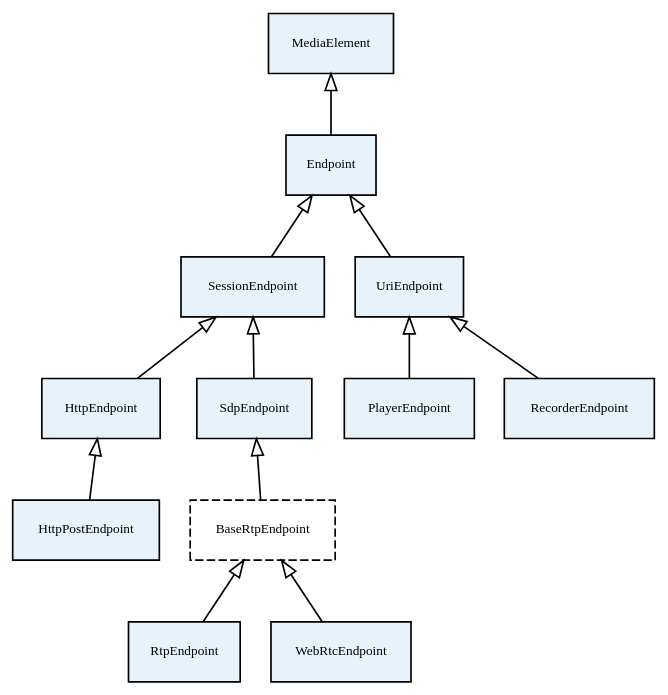
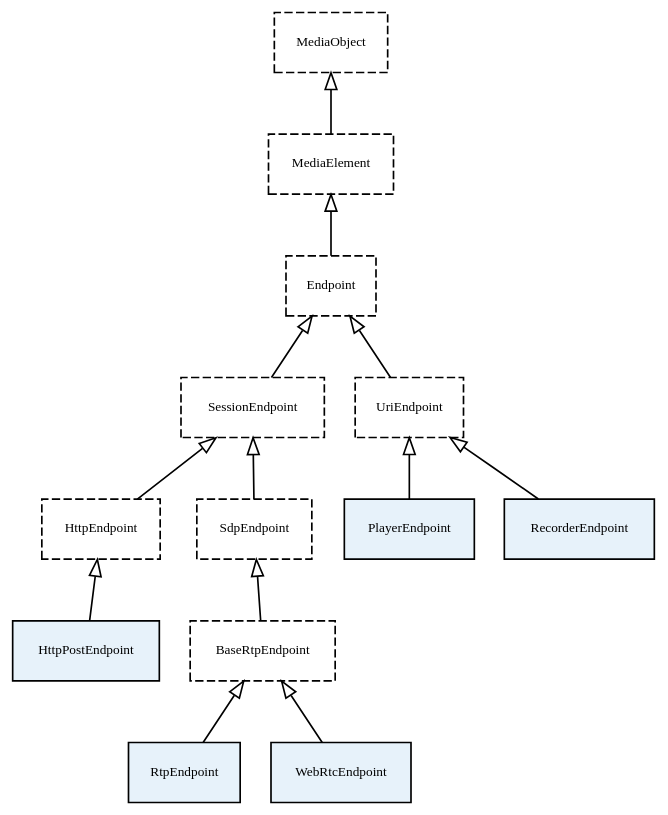
One commit to Kurento/doc-kurento-readthedocs changed the diagram in source/images/graphs/endpoints.dot. Above: the diagram before and after it, drawn with Graphviz. The commit also changed 15 other files, not shown here.

```diff
--- a/source/images/graphs/endpoints.dot
+++ b/source/images/graphs/endpoints.dot
@@ -1,39 +1,43 @@
 digraph endpoints {
   bgcolor = "transparent";
   fontname = "Bitstream Vera Sans";
   fontsize = 8;
   size = "12,8";
-
-  node [
-    fillcolor = "#E7F2FA";
-    fontname = "Bitstream Vera Sans";
-    fontsize = 8;
-    shape = "record";
-    style = "filled";
-  ]
 
   edge [
     arrowtail = "empty";
     dir = "back";
     fontname = "Bitstream Vera Sans";
     fontsize = 8;
   ]
 
+  node [
+    fillcolor = "#E7F2FA";
+    fontname = "Bitstream Vera Sans";
+    fontsize = 8;
+    shape = "record";
+    style = "dashed";
+  ]
+
+  "MediaObject" -> "MediaElement";
+
   "MediaElement" -> "Endpoint";
+
   "Endpoint" -> "SessionEndpoint";
   "Endpoint" -> "UriEndpoint";
 
   "SessionEndpoint" -> "HttpEndpoint";
   "SessionEndpoint" -> "SdpEndpoint";
 
+  "SdpEndpoint" -> "BaseRtpEndpoint";
+
+  node [ style = "filled" ]
+
   "HttpEndpoint" -> "HttpPostEndpoint";
-
-  "BaseRtpEndpoint" [style = "dashed"];
-  "SdpEndpoint" -> "BaseRtpEndpoint";
 
   "BaseRtpEndpoint" -> "RtpEndpoint";
   "BaseRtpEndpoint" -> "WebRtcEndpoint";
 
   "UriEndpoint" -> "PlayerEndpoint";
   "UriEndpoint" -> "RecorderEndpoint";
 }
```
